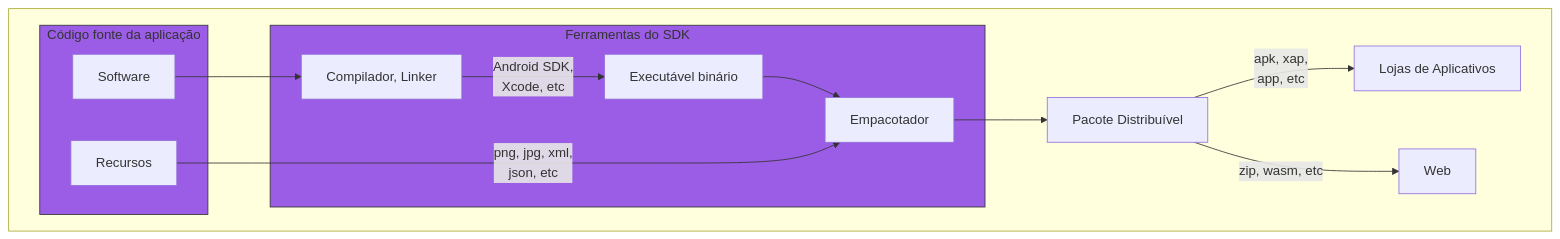
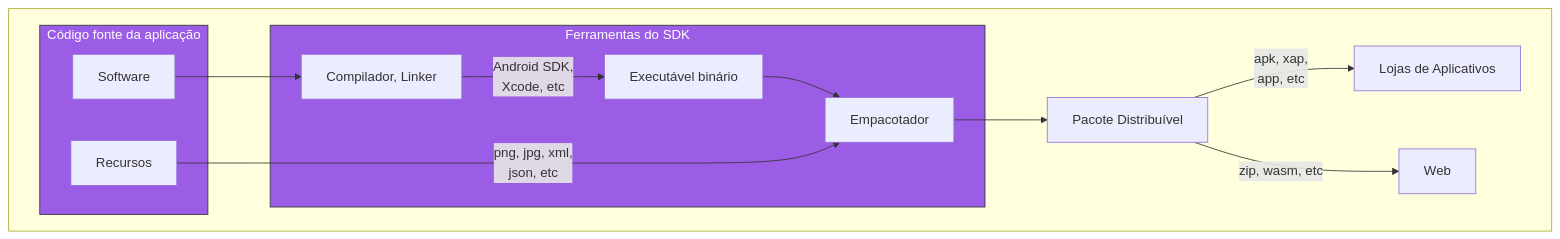
The first of 12 diagrams in posts/KMP101-parte1.md (rsicarelli/KMP-101), drawn with Mermaid before and after one commit. The commit also changed other lines of this file, not shown here.

Commit message:
match style for all graphs

````diff
--- a/posts/KMP101-parte1.md
+++ b/posts/KMP101-parte1.md
@@ -37,22 +37,22 @@
 ```mermaid
 graph TD
     subgraph " "
         subgraph area1 ["Código fonte da aplicação"]
             A[Código Fonte do Software]
             C[Recursos]
         end
         subgraph area2 ["Ferramentas do SDK"]
             B[Compilador, Linker]
             D[Empacotador]
             B -->|Android SDK,<br> Xcode, etc| E[Executável binário] --> D
         end
 
         A[Software] --> B
         D --> F[Pacote Distribuível]
         F -->|apk, xap, <br> app, etc| G[Lojas de Aplicativos]
         F -->|zip, wasm, etc| GG[Web]
         C -->|png, jpg, xml, <br> json, etc| D[Empacotador]
-        classDef area fill: #9b5de5, stroke: #333, stroke-width: px;
+        classDef area fill: #9b5de5, color: #fff, stroke: #333, stroke-width: 1px
         class area1,area2 area
     end
 ```
````
